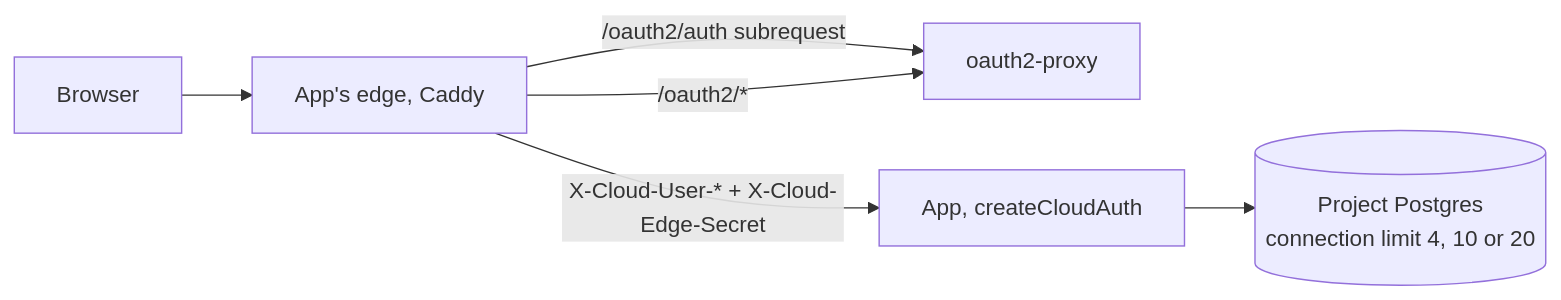
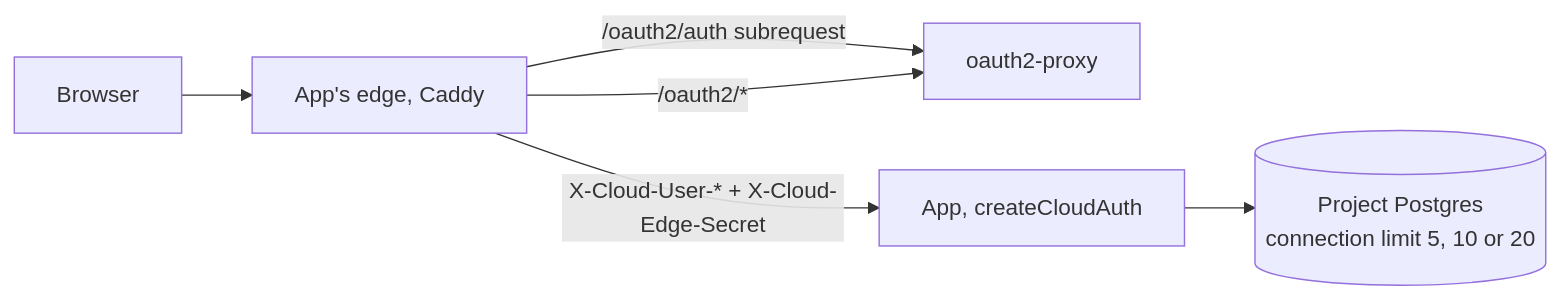
Before and after one commit to ViktorBarzin/app-kit: the first of 7 diagrams in docs/stack.md, drawn with Mermaid. The commit also changed 1 other file, not shown here.

Commit message:
Template AGENTS.md: on Cloud more instances or a cron need no asking; files line
An agent on Cloud stopped to ask before adding a replica or a cron, which
a non-infra person cannot answer, while the On Cloud section treats both
as self-service (panel journey #5). The Database rule now says Cloud's
Plan checks the connections and names the Size, and keeps the ask for
homelab deploys only. The On Cloud section also says where an App may
keep files today (journey #1). docs/stack.md's diagram now gives nano's
limit as 5, as the table and the live Sizes do.

````diff
--- a/docs/stack.md
+++ b/docs/stack.md
@@ -152,8 +152,8 @@
 ```mermaid
 flowchart LR
   B[Browser] --> E["App's edge, Caddy"]
   E -- "/oauth2/auth subrequest" --> O[oauth2-proxy]
   E -- "/oauth2/*" --> O
   E -- "X-Cloud-User-* + X-Cloud-Edge-Secret" --> A["App, createCloudAuth"]
-  A --> PG[("Project Postgres<br/>connection limit 4, 10 or 20")]
+  A --> PG[("Project Postgres<br/>connection limit 5, 10 or 20")]
 ```
````
